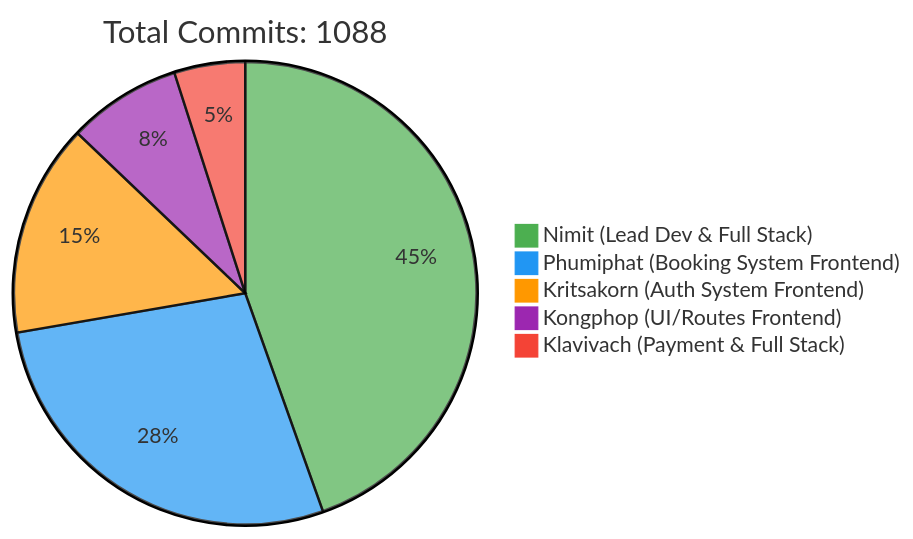
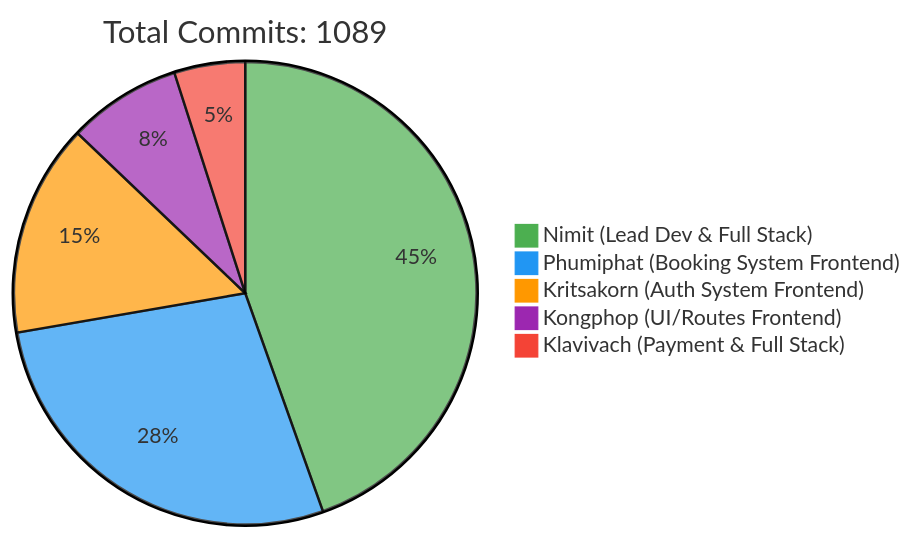
One commit to 6531503042/Sport-Complex changed the first of 2 diagrams in README.md. Above: the diagram before and after it, drawn with Mermaid. The commit also changed other lines of this file, not shown here.

Commit message:
docs: Update contributor statistics [skip ci]

````diff
--- a/README.md
+++ b/README.md
@@ -257,10 +257,10 @@
 ```mermaid
 %%{init: {'theme': 'base', 'themeVariables': { 'pie1': '#4CAF50', 'pie2': '#2196F3', 'pie3': '#FF9800', 'pie4': '#9C27B0', 'pie5': '#F44336'}}}%%
 pie
-    title Total Commits: 1088
+    title Total Commits: 1089
     "Nimit (Lead Dev & Full Stack)" : 450
     "Phumiphat (Booking System Frontend)" : 280
     "Kritsakorn (Auth System Frontend)" : 150
     "Kongphop (UI/Routes Frontend)" : 80
     "Klavivach (Payment & Full Stack)" : 50
 ```
````
